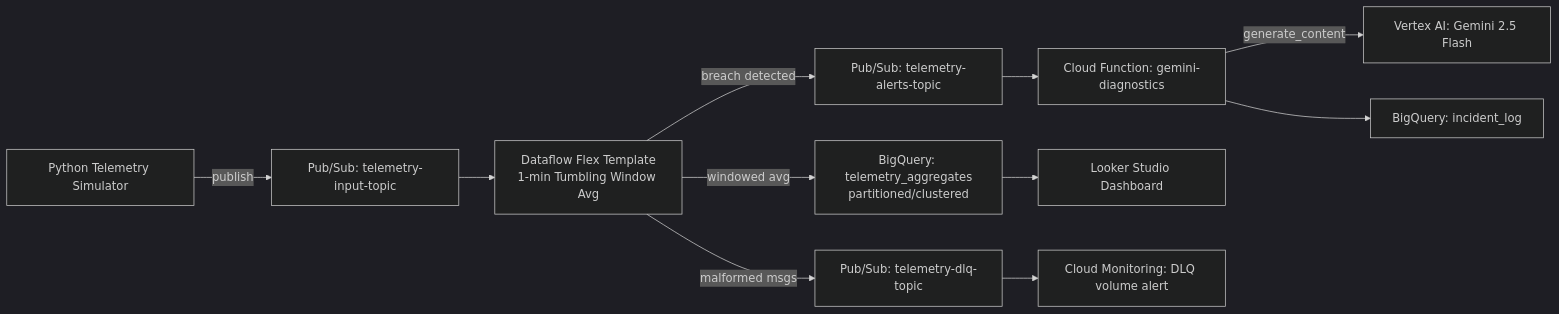
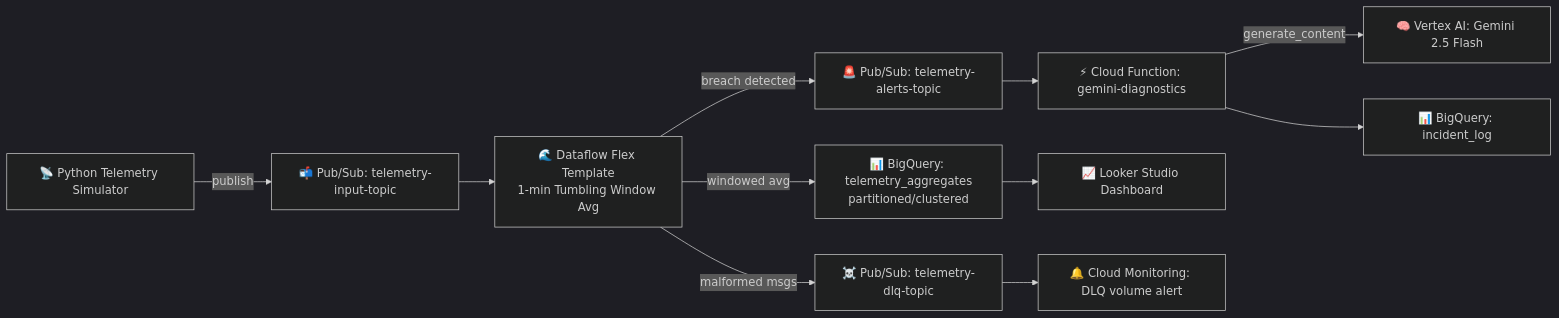
The diagram in docs/HLD.md (bikram-singh/gcp-streaming-telemetry-pipeline), drawn with Mermaid (dark theme) before and after one commit. The commit also changed other lines of this file and 19 other files, not shown here.

````diff
--- a/docs/HLD.md
+++ b/docs/HLD.md
@@ -15,13 +59,13 @@
 ```mermaid
 flowchart LR
-    A[Python Telemetry Simulator] -->|publish| B[Pub/Sub: telemetry-input-topic]
-    B --> C[Dataflow Flex Template<br/>1-min Tumbling Window Avg]
-    C -->|malformed msgs| D[Pub/Sub: telemetry-dlq-topic]
-    C -->|windowed avg| E[BigQuery: telemetry_aggregates<br/>partitioned/clustered]
-    C -->|breach detected| F[Pub/Sub: telemetry-alerts-topic]
-    F --> G[Cloud Function: gemini-diagnostics]
-    G -->|generate_content| H[Vertex AI: Gemini 2.5 Flash]
-    G --> I[BigQuery: incident_log]
-    E --> J[Looker Studio Dashboard]
-    D --> K[Cloud Monitoring: DLQ volume alert]
+    A[📡 Python Telemetry Simulator] -->|publish| B[📬 Pub/Sub: telemetry-input-topic]
+    B --> C[🌊 Dataflow Flex Template<br/>1-min Tumbling Window Avg]
+    C -->|malformed msgs| D[☠️ Pub/Sub: telemetry-dlq-topic]
+    C -->|windowed avg| E[📊 BigQuery: telemetry_aggregates<br/>partitioned/clustered]
+    C -->|breach detected| F[🚨 Pub/Sub: telemetry-alerts-topic]
+    F --> G[⚡ Cloud Function: gemini-diagnostics]
+    G -->|generate_content| H[🧠 Vertex AI: Gemini 2.5 Flash]
+    G --> I[📊 BigQuery: incident_log]
+    E --> J[📈 Looker Studio Dashboard]
+    D --> K[🔔 Cloud Monitoring: DLQ volume alert]
 ```
````
